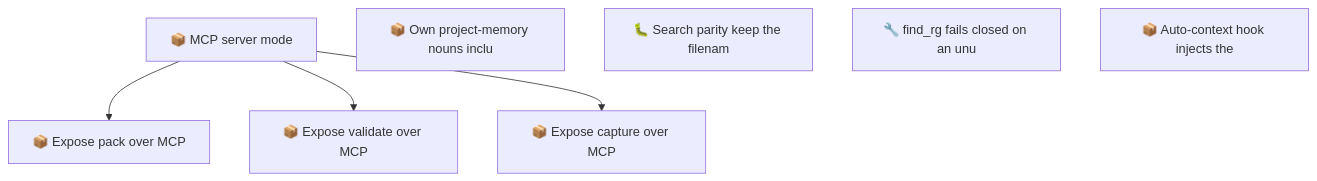
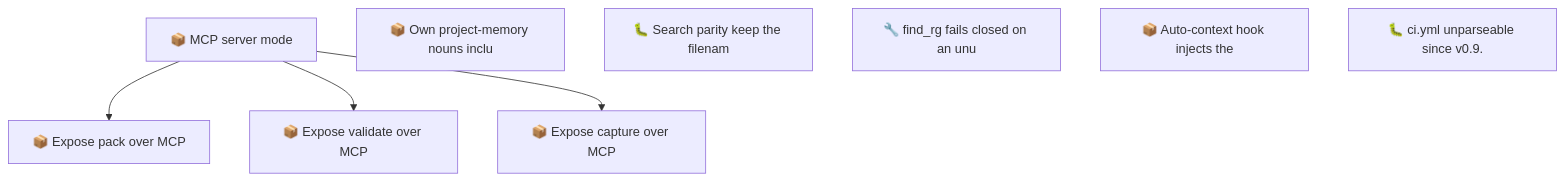
One commit to SpillwaveSolutions/project-knowledge-capture changed the second of 2 diagrams in docs/roadmap.md. Above: the diagram before and after it, drawn with Mermaid. The commit also changed other lines of this file and 2 other files, not shown here.

First line of the commit message:
fix(ci): make ci.yml parseable again so the test job runs (01M2XDNSSH9CY0BYKQCB87E9A3)

````diff
--- a/docs/roadmap.md
+++ b/docs/roadmap.md
@@ -88,14 +91,15 @@
 ```mermaid
 graph TD
     01KZ75NQCMYGFYRCVJATEBVBRB["📦 MCP server mode"]
     01KZ75R3EXEG4GVGRP2S9CCKZ4["📦 Expose pack over MCP"]
     01KZ75R3M6BYQ643NKDCCSEEZC["📦 Expose validate over MCP"]
     01KZ75R3S2X1G4PCTGMMSR8BWA["📦 Expose capture over MCP"]
     01M0SZFFPWEVN9YX9D9RYZ1ZC1["📦 Own project-memory nouns inclu"]
     01M2XCVATPVGXTMP55VA9SB0B1["🐛 Search parity keep the filenam"]
     01M2XCVAWFZ005YCP1VDQX0GNV["🔧 find_rg fails closed on an unu"]
     01M2XCVAY85DP4XJD8F2Y5CV6G["📦 Auto-context hook injects the"]
+    01M2XDNSSH9CY0BYKQCB87E9A3["🐛 ci.yml unparseable since v0.9."]
     01KZ75NQCMYGFYRCVJATEBVBRB --> 01KZ75R3EXEG4GVGRP2S9CCKZ4
     01KZ75NQCMYGFYRCVJATEBVBRB --> 01KZ75R3M6BYQ643NKDCCSEEZC
     01KZ75NQCMYGFYRCVJATEBVBRB --> 01KZ75R3S2X1G4PCTGMMSR8BWA
 ```
````
